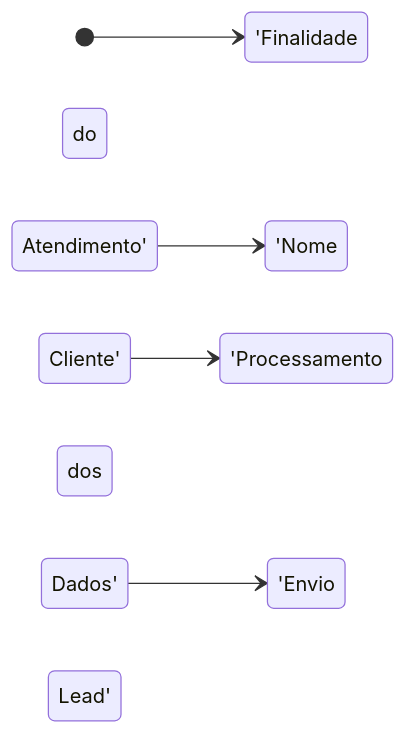
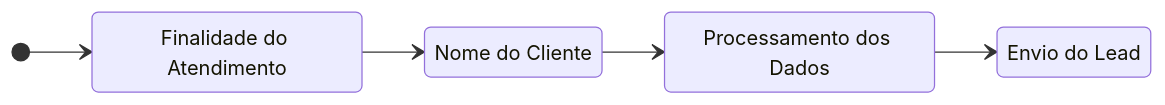
The diagram in readme.md (pepeleascov/cmsouza), drawn with Mermaid before and after one commit.

Commit message:
Formatting

````diff
--- a/readme.md
+++ b/readme.md
@@ -122,8 +122,12 @@
 ```mermaid
 stateDiagram
+    1: Finalidade do Atendimento
+    2: Nome do Cliente
+    3: Processamento dos Dados
+    4: Envio do Lead
     direction LR
-    [*] --> 'Finalidade do Atendimento'
-    'Finalidade do Atendimento' --> 'Nome do Cliente'
-    'Nome do Cliente' --> 'Processamento dos Dados'
-    'Processamento dos Dados' --> 'Envio do Lead'
+    [*] --> 1
+    1 --> 2
+    2 --> 3
+    3 --> 4
 ```
````
